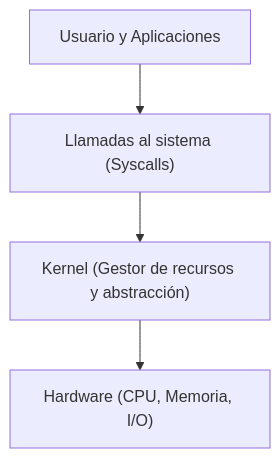
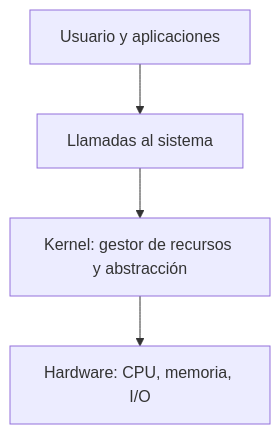
Before and after one commit to EstebanKiito/my-brain: the diagram in Sistemas Operativos y Redes/01-Estructura de sistemas operativos/01 - Qué es un sistema operativo.md, drawn with Mermaid. The commit also changed other lines of this file and 2 other files, not shown here.

Commit message:
reescribe: 01 - Qué es un sistema operativo

````diff
--- a/Sistemas Operativos y Redes/01-Estructura de sistemas operativos/01 - Qué es un sistema operativo.md
+++ b/Sistemas Operativos y Redes/01-Estructura de sistemas operativos/01 - Qué es un sistema operativo.md
@@ -65,6 +58,6 @@
 ```mermaid
 flowchart TD
-  User["Usuario y Aplicaciones"] --> Syscall["Llamadas al sistema (Syscalls)"]
-  Syscall --> Kernel["Kernel (Gestor de recursos y abstracción)"]
-  Kernel --> HW["Hardware (CPU, Memoria, I/O)"]
+  U["Usuario y aplicaciones"] --> S["Llamadas al sistema"]
+  S --> K["Kernel: gestor de recursos y abstracción"]
+  K --> H["Hardware: CPU, memoria, I/O"]
 ```
````
